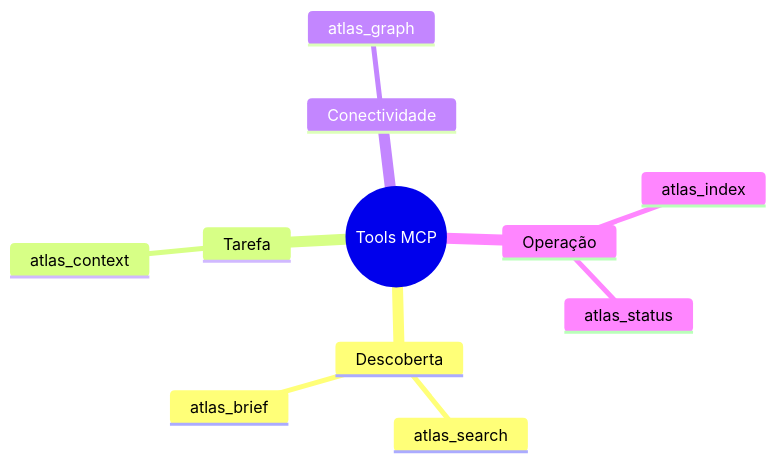
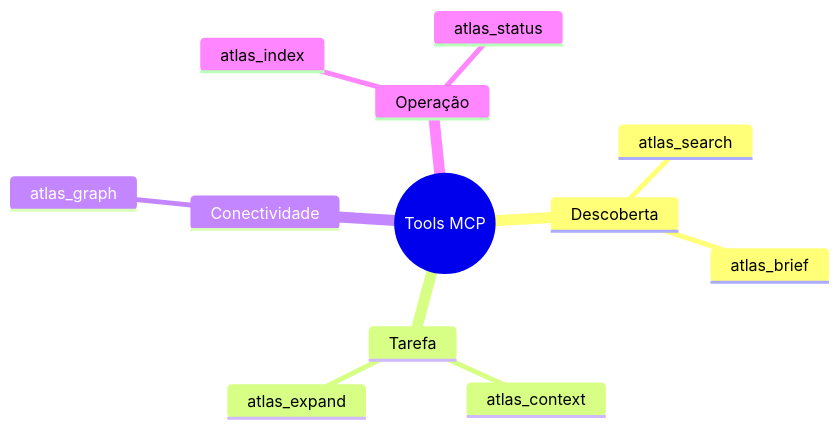
Before and after one commit to LuisCarlosLopes/codesteer-atlas: the eighth of 14 diagrams in docs/guia-indexacao-grafo-mcp.md, drawn with Mermaid. The commit also changed other lines of this file and 3 other files, not shown here.

````diff
--- a/docs/guia-indexacao-grafo-mcp.md
+++ b/docs/guia-indexacao-grafo-mcp.md
@@ -326,14 +357,15 @@
 ```mermaid
 mindmap
   root((Tools MCP))
     Descoberta
       atlas_search
       atlas_brief
     Tarefa
       atlas_context
+      atlas_expand
     Conectividade
       atlas_graph
     Operação
       atlas_index
       atlas_status
 ```
````
